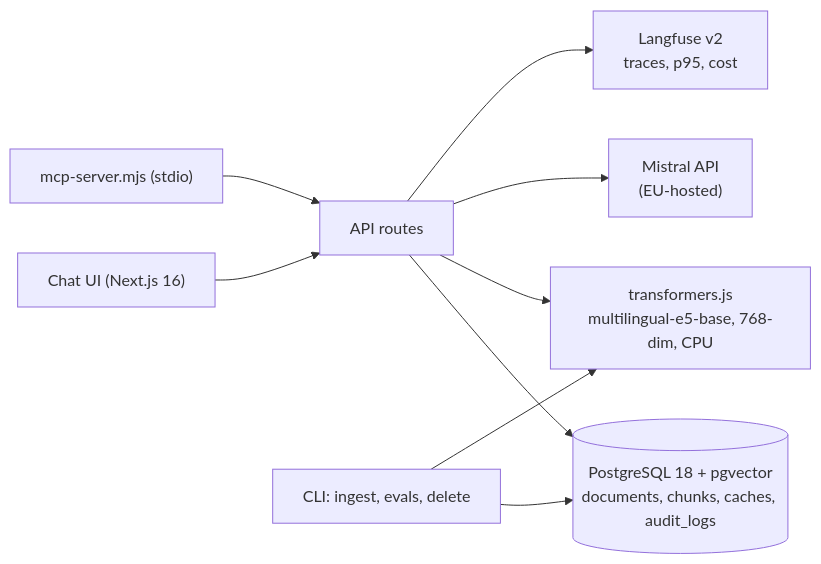
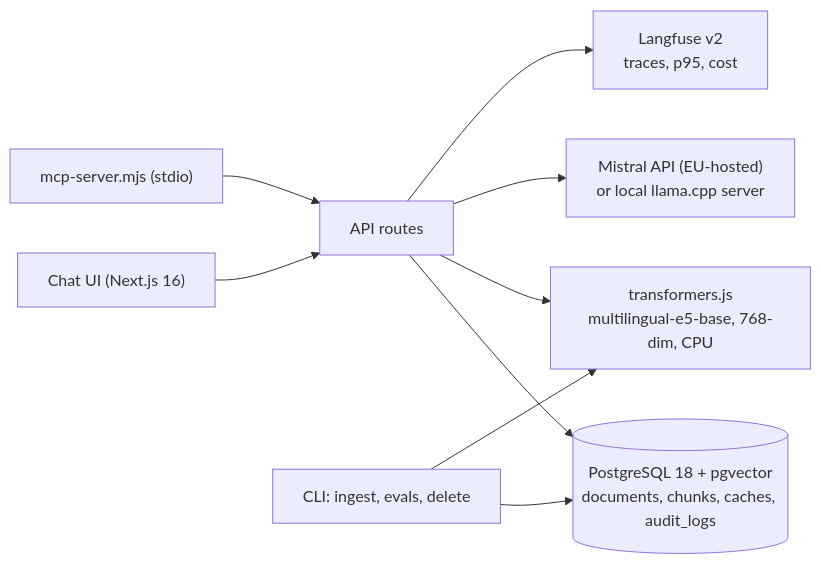
The diagram in README.md (Nutomic/RAGnarok), drawn with Mermaid before and after one commit. The commit also changed other lines of this file and 17 other files, not shown here.

Commit message:
Add local LLM inference

````diff
--- a/README.md
+++ b/README.md
@@ -59,11 +76,11 @@
 ```mermaid
 flowchart LR
     UI["Chat UI (Next.js 16)"] --> API["API routes"]
     API --> PG[("PostgreSQL 18 + pgvector<br/>documents, chunks, caches, audit_logs")]
     API --> EMB["transformers.js<br/>multilingual-e5-base, 768-dim, CPU"]
-    API --> LLM["Mistral API<br/>(EU-hosted)"]
+    API --> LLM["Mistral API (EU-hosted)<br/>or local llama.cpp server"]
     API --> LF["Langfuse v2<br/>traces, p95, cost"]
     CLI["CLI: ingest, evals, delete"] --> PG
     CLI --> EMB
     MCP["mcp-server.mjs (stdio)"] --> API
 ```
````
